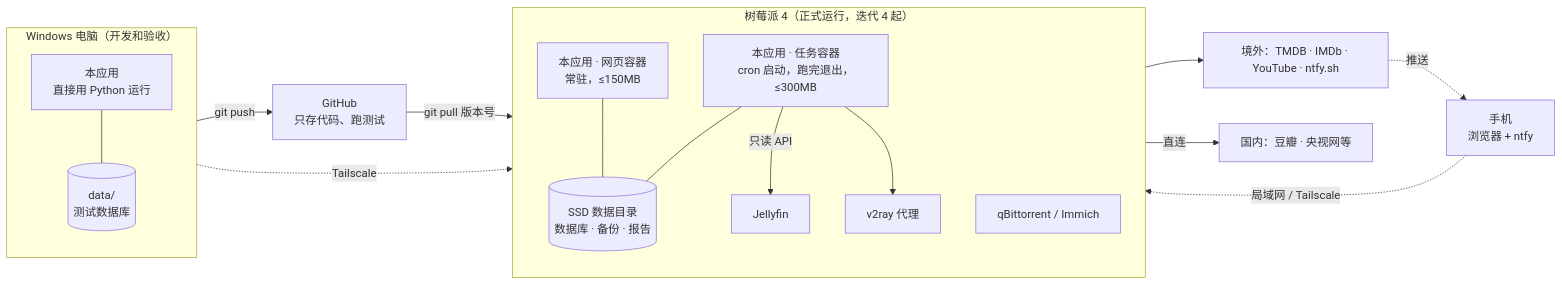
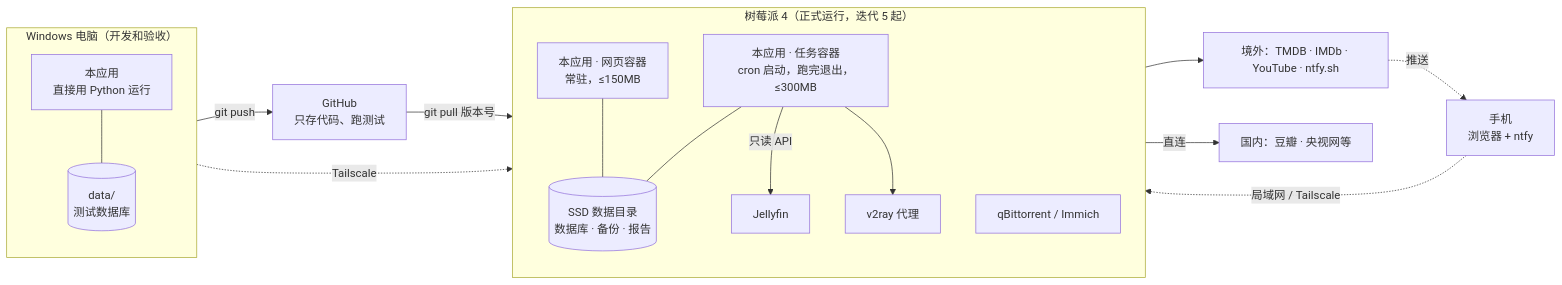
Before and after one commit to hfeng-9527/Documentary: the second of 2 diagrams in docs/architecture.md, drawn with Mermaid. The commit also changed other lines of this file and 4 other files, not shown here.

````diff
--- a/docs/architecture.md
+++ b/docs/architecture.md
@@ -144,36 +144,36 @@
 ```mermaid
 flowchart LR
     subgraph PC["Windows 电脑（开发和验收）"]
         direction TB
         PCAPP["本应用<br/>直接用 Python 运行"]
         PCDATA[("data/<br/>测试数据库")]
         PCAPP --- PCDATA
     end
 
-    subgraph PI["树莓派 4（正式运行，迭代 4 起）"]
+    subgraph PI["树莓派 4（正式运行，迭代 5 起）"]
         direction TB
         WEB["本应用 · 网页容器<br/>常驻，≤150MB"]
         JOB["本应用 · 任务容器<br/>cron 启动，跑完退出，≤300MB"]
         DATA[("SSD 数据目录<br/>数据库 · 备份 · 报告")]
         JF["Jellyfin"]
         V2["v2ray 代理"]
         QB["qBittorrent / Immich"]
         WEB --- DATA
         JOB --- DATA
         JOB -->|只读 API| JF
         JOB --> V2
     end
 
     PHONE["手机<br/>浏览器 + ntfy"]
     GH["GitHub<br/>只存代码、跑测试"]
     EXT["境外：TMDB · IMDb · YouTube · ntfy.sh"]
     CN["国内：豆瓣 · 央视网等"]
 
     PC -->|git push| GH
     GH -->|git pull 版本号| PI
     PC -.Tailscale.-> PI
     PHONE -.局域网 / Tailscale.-> WEB
     V2 --> EXT
     JOB -->|直连| CN
     EXT -.推送.-> PHONE
 ```
````
